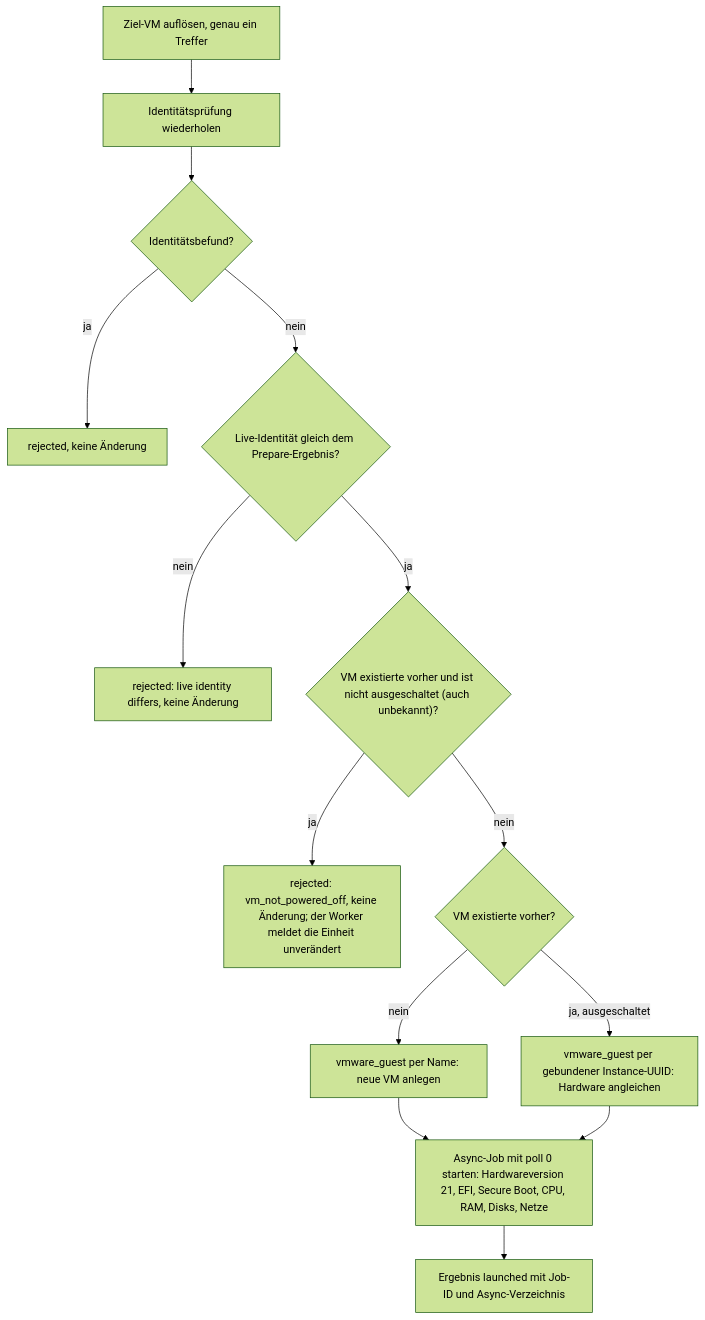
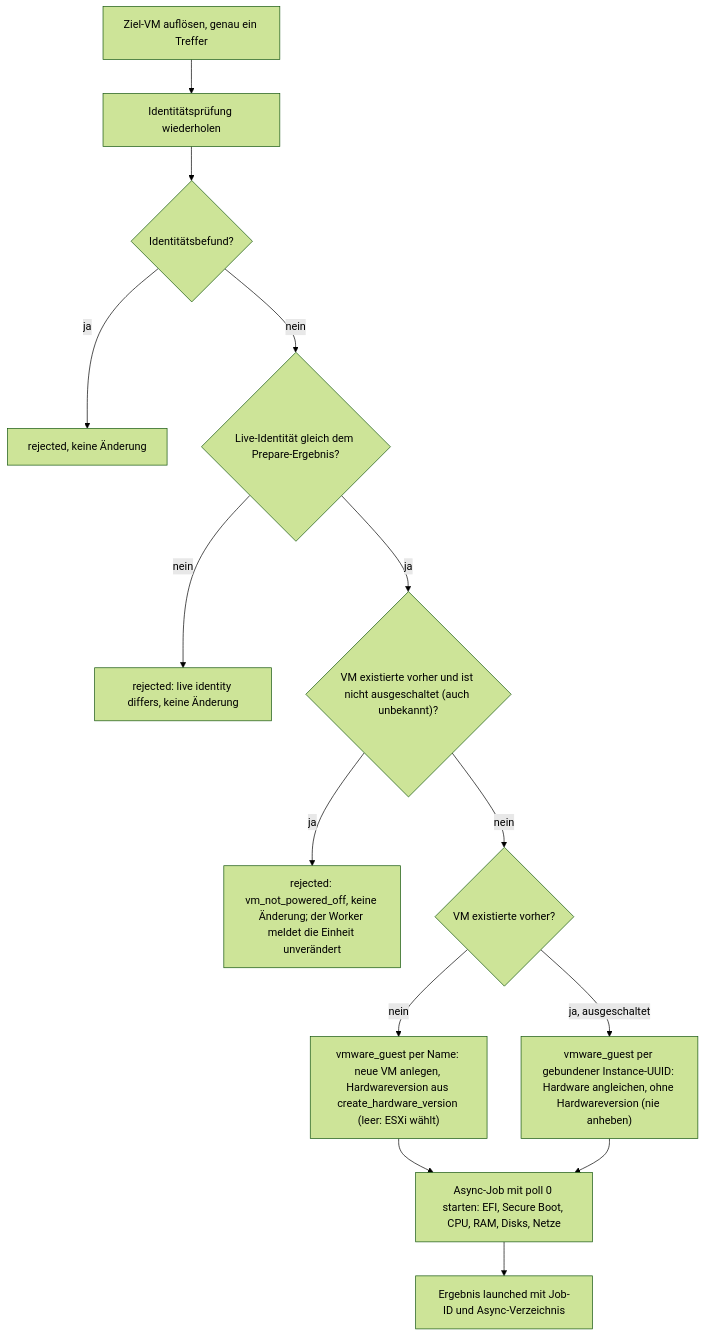
One commit to Samy94M/VirtuSphere-v2-WebApp changed the sixth of 13 diagrams in docs/operations/deploy-flows.md. Above: the diagram before and after it, drawn with Mermaid (forest theme). The commit also changed other lines of this file and 39 other files, not shown here.

````diff
--- a/docs/operations/deploy-flows.md
+++ b/docs/operations/deploy-flows.md
@@ -263,16 +270,16 @@
 ```mermaid
 flowchart TD
   A["Ziel-VM auflösen, genau ein Treffer"] --> B["Identitätsprüfung wiederholen"]
   B --> C{"Identitätsbefund?"}
   C -->|ja| CX["rejected, keine Änderung"]
   C -->|nein| D{"Live-Identität gleich dem Prepare-Ergebnis?"}
   D -->|nein| DX["rejected: live identity differs, keine Änderung"]
   D -->|ja| W{"VM existierte vorher und ist nicht ausgeschaltet (auch unbekannt)?"}
   W -->|ja| WX["rejected: vm_not_powered_off, keine Änderung; der Worker meldet die Einheit unverändert"]
   W -->|nein| E{"VM existierte vorher?"}
-  E -->|nein| E1["vmware_guest per Name: neue VM anlegen"]
-  E -->|ja, ausgeschaltet| E2["vmware_guest per gebundener Instance-UUID: Hardware angleichen"]
-  E1 --> F["Async-Job mit poll 0 starten: Hardwareversion 21, EFI, Secure Boot, CPU, RAM, Disks, Netze"]
+  E -->|nein| E1["vmware_guest per Name: neue VM anlegen, Hardwareversion aus create_hardware_version (leer: ESXi wählt)"]
+  E -->|ja, ausgeschaltet| E2["vmware_guest per gebundener Instance-UUID: Hardware angleichen, ohne Hardwareversion (nie anheben)"]
+  E1 --> F["Async-Job mit poll 0 starten: EFI, Secure Boot, CPU, RAM, Disks, Netze"]
   E2 --> F
   F --> G["Ergebnis launched mit Job-ID und Async-Verzeichnis"]
 ```
````
